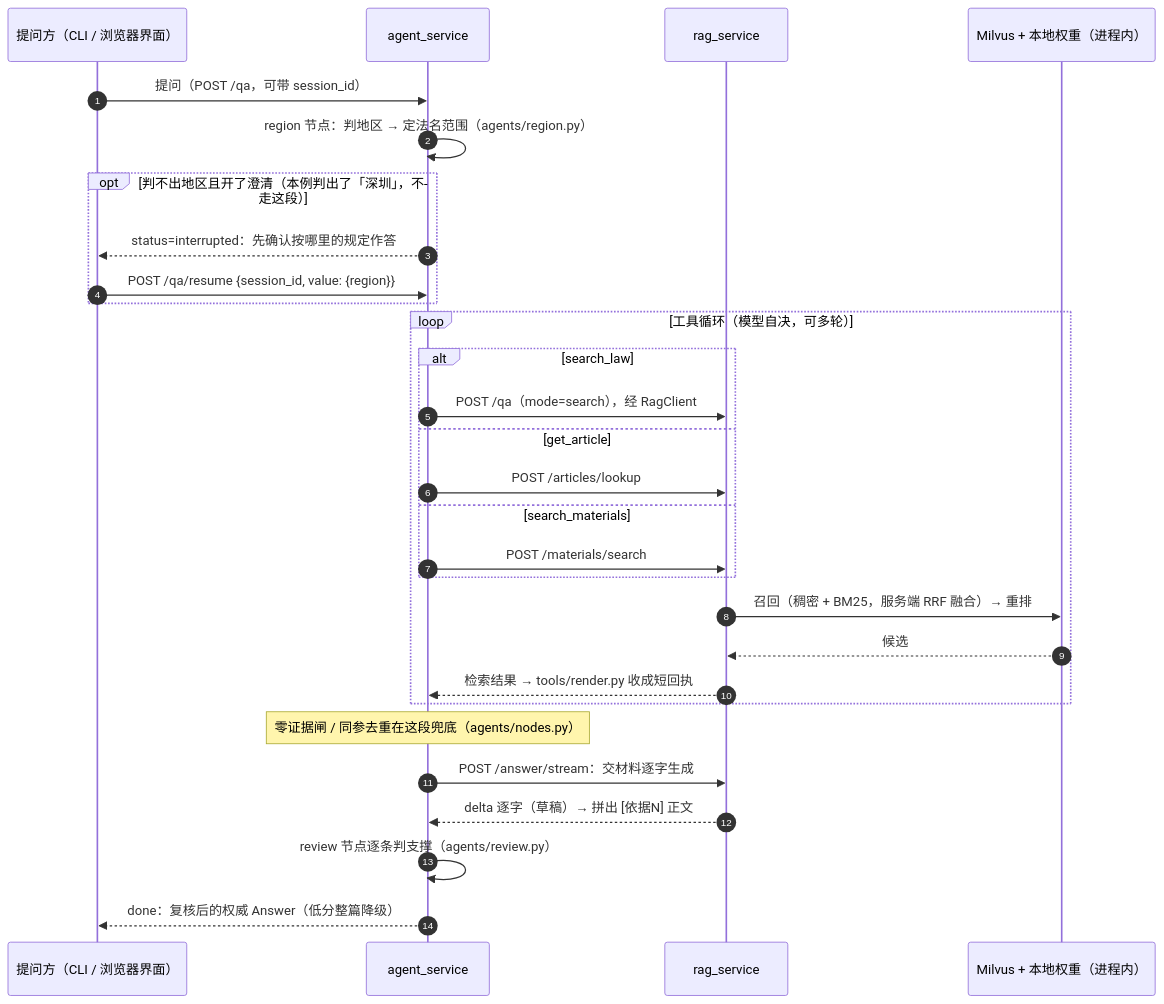
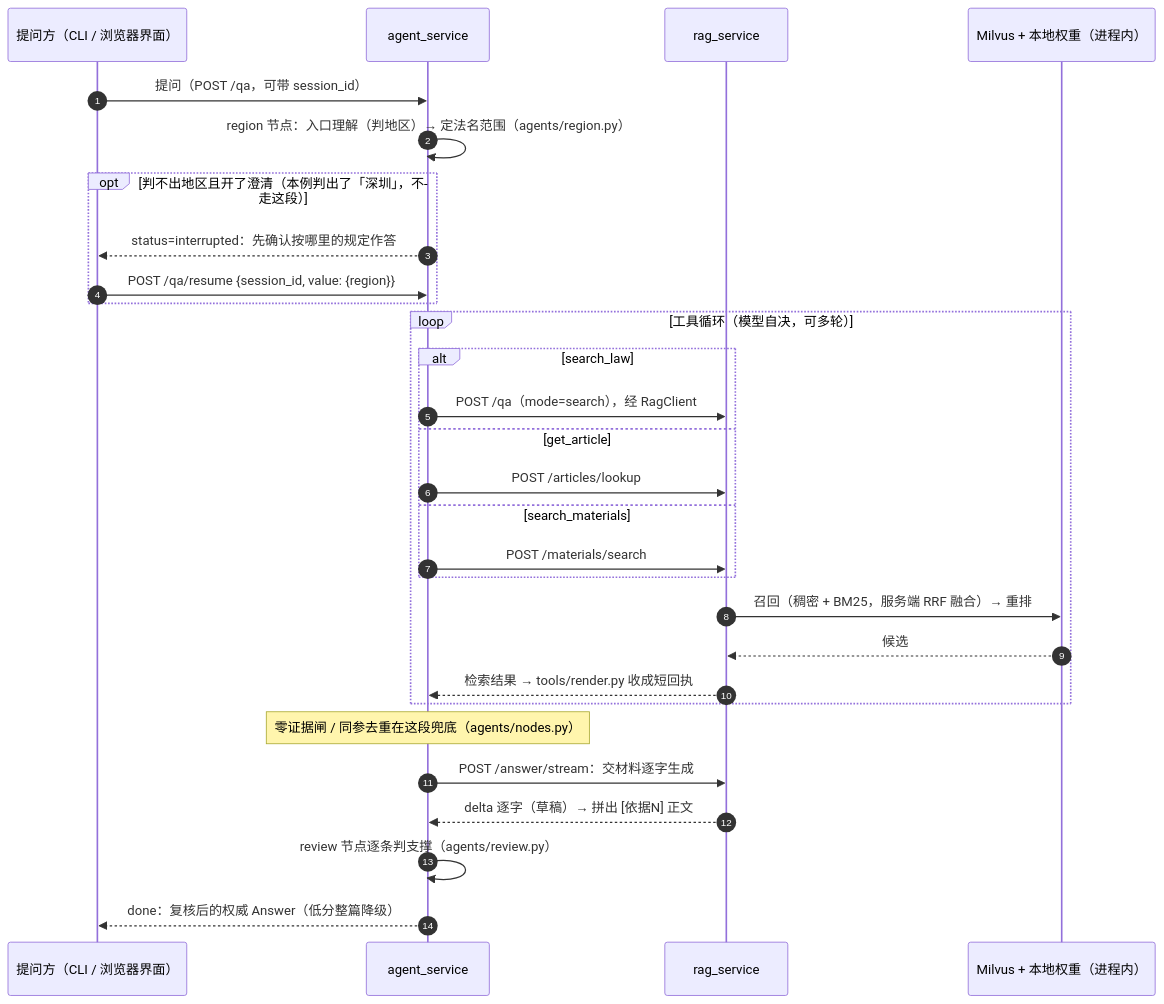
One commit to 18321963/traffic-law-qa changed the first of 2 diagrams in docs/00_项目导读.md. Above: the diagram before and after it, drawn with Mermaid. The commit also changed other lines of this file and 20 other files, not shown here.

````diff
--- a/docs/00_项目导读.md
+++ b/docs/00_项目导读.md
@@ -55,32 +55,32 @@
 ```mermaid
 sequenceDiagram
     autonumber
     participant U as 提问方（CLI / 浏览器界面）
     participant A as agent_service
     participant R as rag_service
     participant M as Milvus + 本地权重（进程内）
 
     U->>A: 提问（POST /qa，可带 session_id）
-    A->>A: region 节点：判地区 → 定法名范围（agents/region.py）
+    A->>A: region 节点：入口理解（判地区）→ 定法名范围（agents/region.py）
     opt 判不出地区且开了澄清（本例判出了「深圳」，不走这段）
         A-->>U: status=interrupted：先确认按哪里的规定作答
         U->>A: POST /qa/resume {session_id, value: {region}}
     end
     loop 工具循环（模型自决，可多轮）
         alt search_law
             A->>R: POST /qa（mode=search），经 RagClient
         else get_article
             A->>R: POST /articles/lookup
         else search_materials
             A->>R: POST /materials/search
         end
         R->>M: 召回（稠密 + BM25，服务端 RRF 融合）→ 重排
         M-->>R: 候选
         R-->>A: 检索结果 → tools/render.py 收成短回执
     end
     Note over A: 零证据闸 / 同参去重在这段兜底（agents/nodes.py）
     A->>R: POST /answer/stream：交材料逐字生成
     R-->>A: delta 逐字（草稿）→ 拼出 [依据N] 正文
     A->>A: review 节点逐条判支撑（agents/review.py）
     A-->>U: done：复核后的权威 Answer（低分整篇降级）
 ```
````
